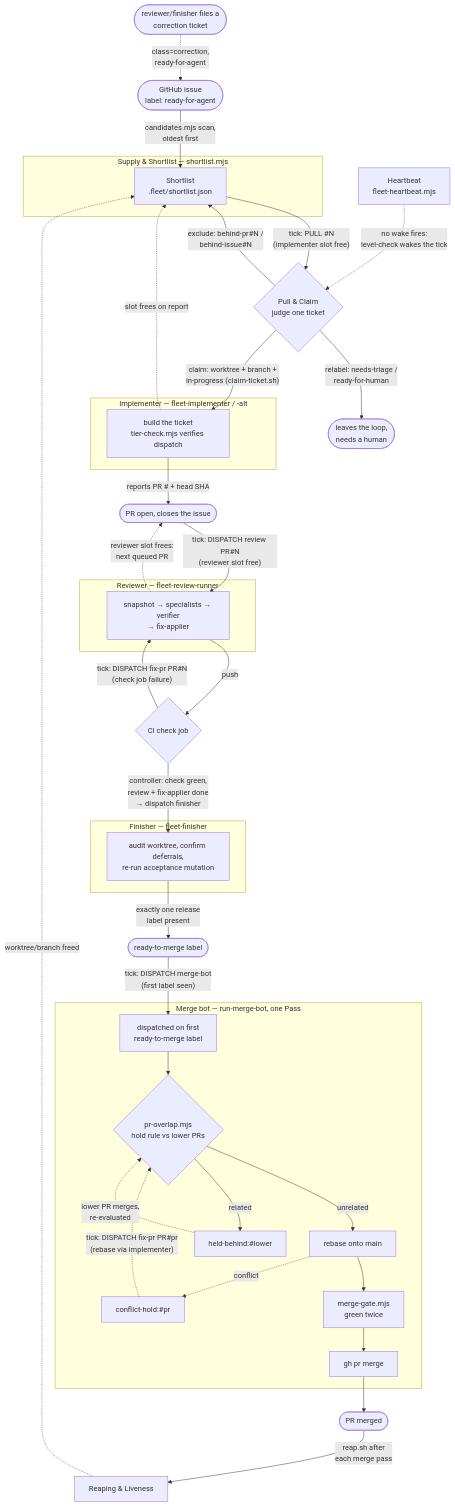
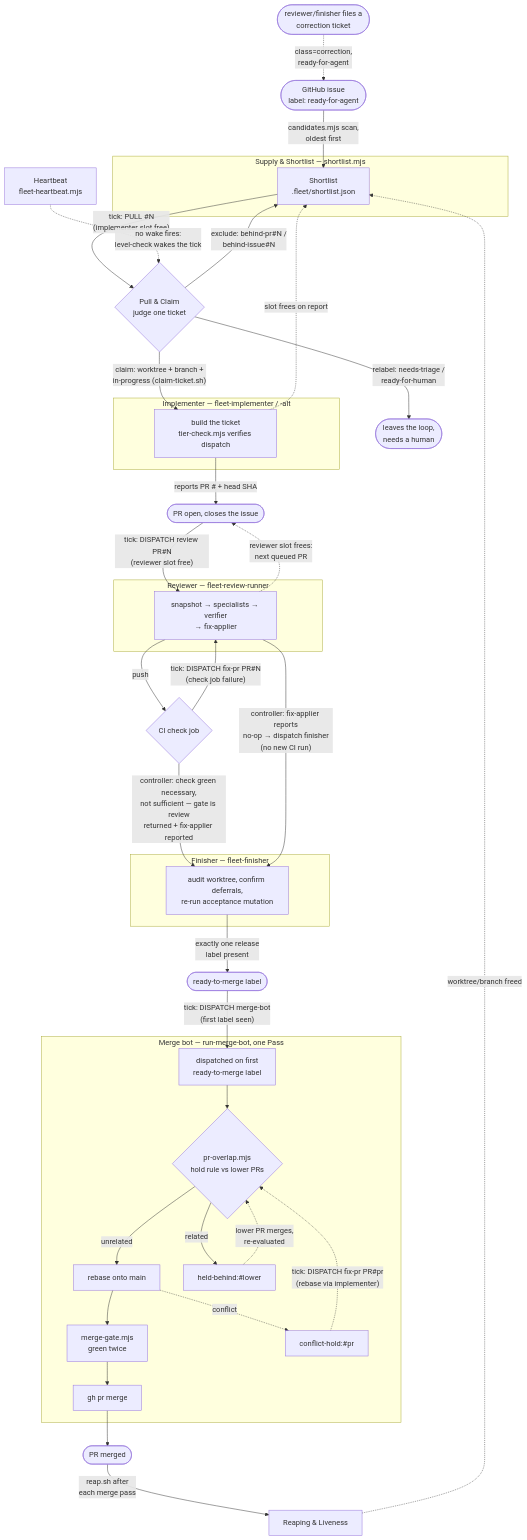
Before and after one commit to feigi/fleet-plugin: the diagram in README.md, drawn with Mermaid. The commit also changed 4 other files, not shown here.

````diff
--- a/README.md
+++ b/README.md
@@ -93,54 +93,55 @@
 ```mermaid
 flowchart TD
     ISSUE(["GitHub issue<br/>label: ready-for-agent"]) -->|"candidates.mjs scan,<br/>oldest first"| SL
 
     subgraph SUPPLY["Supply &amp; Shortlist — shortlist.mjs"]
         SL["Shortlist<br/>.fleet/shortlist.json"]
     end
 
     SL -->|"tick: PULL #N<br/>(implementer slot free)"| JUDGE{"Pull &amp; Claim<br/>judge one ticket"}
     JUDGE -->|"relabel: needs-triage /<br/>ready-for-human"| OUT(["leaves the loop,<br/>needs a human"])
     JUDGE -->|"exclude: behind-pr#N /<br/>behind-issue#N"| SL
     JUDGE -->|"claim: worktree + branch +<br/>in-progress (claim-ticket.sh)"| IMPL
 
     subgraph IMPLSUB["Implementer — fleet-implementer / -alt"]
         IMPL["build the ticket<br/>tier-check.mjs verifies dispatch"]
     end
     IMPL -.->|"slot frees on report"| SL
     IMPL -->|"reports PR # + head SHA"| PR(["PR open, closes the issue"])
 
     PR -->|"tick: DISPATCH review PR#N<br/>(reviewer slot free)"| REVIEW
 
     subgraph REVIEWSUB["Reviewer — fleet-review-runner"]
         REVIEW["snapshot → specialists → verifier<br/>→ fix-applier"]
     end
     REVIEW -.->|"reviewer slot frees:<br/>next queued PR"| PR
     REVIEW -->|"push"| CI{"CI check job"}
     CI -->|"tick: DISPATCH fix-pr PR#N<br/>(check job failure)"| REVIEW
-    CI -->|"controller: check green,<br/>review + fix-applier done<br/>→ dispatch finisher"| FINISH
+    CI -->|"controller: check green necessary,<br/>not sufficient — gate is review<br/>returned + fix-applier reported"| FINISH
+    REVIEW -->|"controller: fix-applier reports<br/>no-op → dispatch finisher<br/>(no new CI run)"| FINISH
 
     subgraph FINISHSUB["Finisher — fleet-finisher"]
         FINISH["audit worktree, confirm deferrals,<br/>re-run acceptance mutation"]
     end
     FINISH -->|"exactly one release<br/>label present"| RTM(["ready-to-merge label"])
     RTM -->|"tick: DISPATCH merge-bot<br/>(first label seen)"| MB
 
     subgraph MERGEBOTSUB["Merge bot — run-merge-bot, one Pass"]
         MB["dispatched on first<br/>ready-to-merge label"]
         HOLD{"pr-overlap.mjs<br/>hold rule vs lower PRs"}
         MB --> HOLD
         HOLD -->|"unrelated"| REBASE["rebase onto main"] --> GATE["merge-gate.mjs<br/>green twice"] --> MERGE["gh pr merge"]
         HOLD -->|"related"| WAIT["held-behind:#lower"]
         WAIT -.->|"lower PR merges,<br/>re-evaluated"| HOLD
         REBASE -.->|"conflict"| CONFLICT["conflict-hold:#pr"]
         CONFLICT -.->|"tick: DISPATCH fix-pr PR#pr<br/>(rebase via implementer)"| HOLD
     end
     MERGE --> MERGED(["PR merged"])
 
     MERGED -->|"reap.sh after<br/>each merge pass"| REAP["Reaping &amp; Liveness"]
     REAP -.->|"worktree/branch freed"| SL
 
     HEART["Heartbeat<br/>fleet-heartbeat.mjs"] -.->|"no wake fires:<br/>level-check wakes the tick"| JUDGE
 
     CORR(["reviewer/finisher files a<br/>correction ticket"]) -.->|"class=correction,<br/>ready-for-agent"| ISSUE
 ```
````
